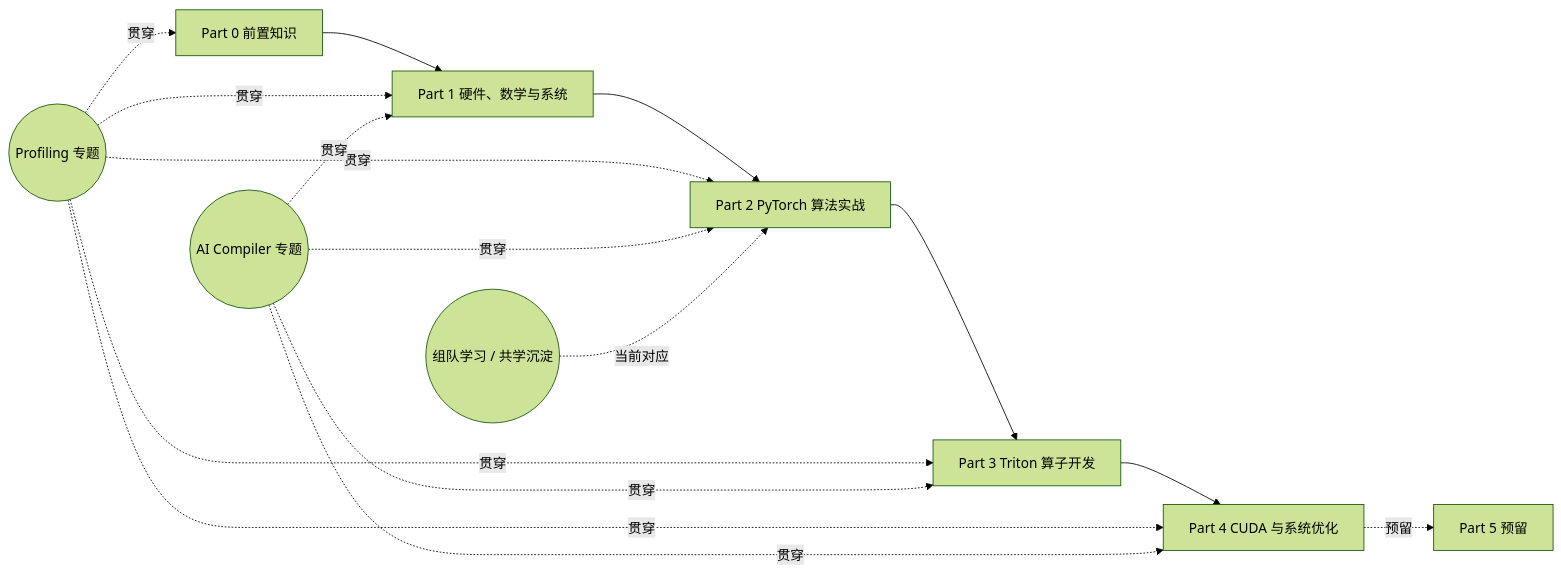
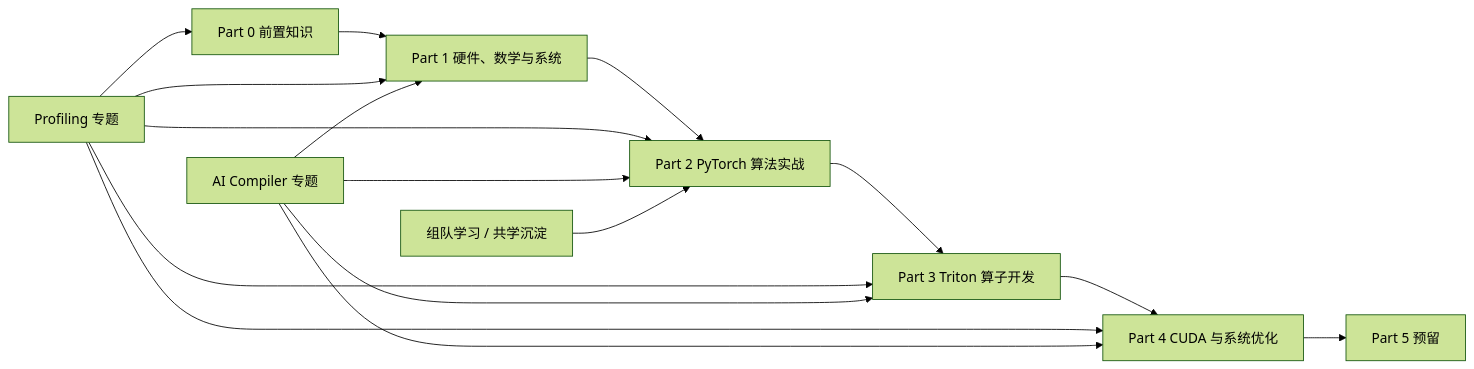
One commit to guihao-liang/llm-algo-leetcode changed the first of 2 diagrams in README.md. Above: the diagram before and after it, drawn with Mermaid (forest theme). The commit also changed other lines of this file and 4 other files, not shown here.

````diff
--- a/README.md
+++ b/README.md
@@ -40,21 +42,21 @@
 ```mermaid
 flowchart LR
-  P0[Part 0 前置知识] --> P1[Part 1 硬件、数学与系统]
-  P1 --> P2[Part 2 PyTorch 算法实战]
-  P2 --> P3[Part 3 Triton 算子开发]
-  P3 --> P4[Part 4 CUDA 与系统优化]
-  P4 -.预留.-> P5[Part 5 预留]
+  P0["Part 0 前置知识"] --> P1["Part 1 硬件、数学与系统"]
+  P1 --> P2["Part 2 PyTorch 算法实战"]
+  P2 --> P3["Part 3 Triton 算子开发"]
+  P3 --> P4["Part 4 CUDA 与系统优化"]
+  P4 --> P5["Part 5 预留"]
 
-  Profiling((Profiling 专题)) -.贯穿.-> P0
-  Profiling -.贯穿.-> P1
-  Profiling -.贯穿.-> P2
-  Profiling -.贯穿.-> P3
-  Profiling -.贯穿.-> P4
+  Profiling["Profiling 专题"] --> P0
+  Profiling --> P1
+  Profiling --> P2
+  Profiling --> P3
+  Profiling --> P4
 
-  Compiler((AI Compiler 专题)) -.贯穿.-> P1
-  Compiler -.贯穿.-> P2
-  Compiler -.贯穿.-> P3
-  Compiler -.贯穿.-> P4
+  Compiler["AI Compiler 专题"] --> P1
+  Compiler --> P2
+  Compiler --> P3
+  Compiler --> P4
 
-  Study((组队学习 / 共学沉淀)) -.当前对应.-> P2
+  Study["组队学习 / 共学沉淀"] --> P2
 ```
````
